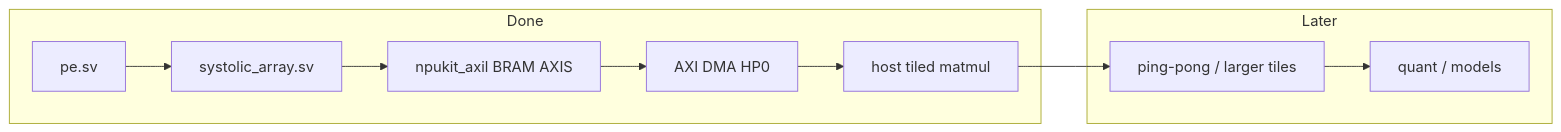
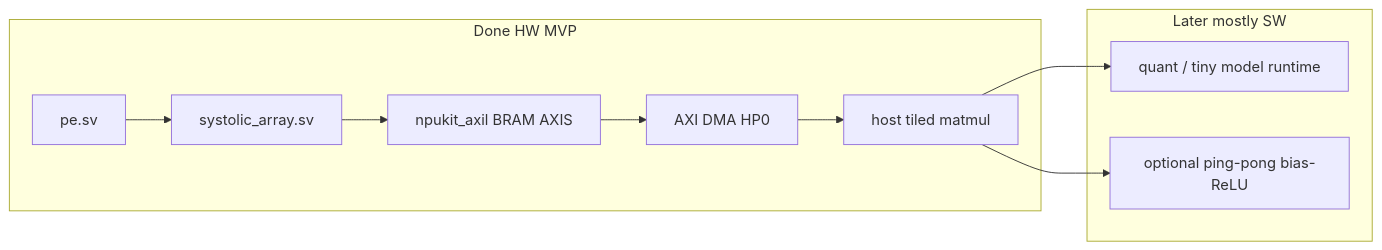
One commit to NetKit-Labs/npukit changed the diagram in PLAN.md. Above: the diagram before and after it, drawn with Mermaid. The commit also changed other lines of this file and 1 other file, not shown here.

First line of the commit message:
Mark hardware MVP complete and document runtime-next split.

````diff
--- a/PLAN.md
+++ b/PLAN.md
@@ -24,16 +26,17 @@
 ```mermaid
 flowchart LR
-  subgraph done [Done]
+  subgraph done [Done HW MVP]
     PE[pe.sv]
     SA[systolic_array.sv]
     AXIL[npukit_axil BRAM AXIS]
     DMA[AXI DMA HP0]
     HOST[host tiled matmul]
     PE --> SA --> AXIL --> DMA --> HOST
   end
-  subgraph later [Later]
-    PP[ping-pong / larger tiles]
-    Q[quant / models]
-    HOST --> PP --> Q
+  subgraph later [Later mostly SW]
+    Q[quant / tiny model runtime]
+    PP[optional ping-pong bias-ReLU]
+    HOST --> Q
+    HOST --> PP
   end
 ```
````
